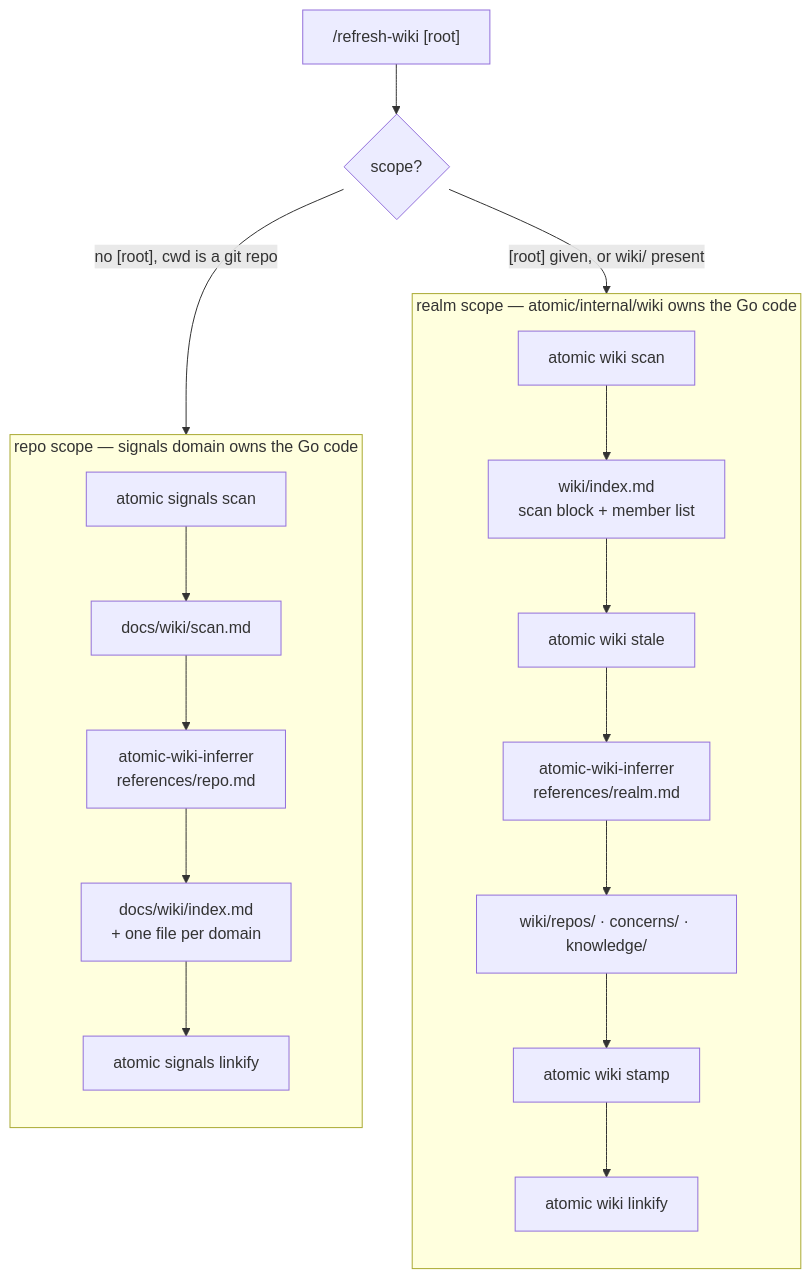
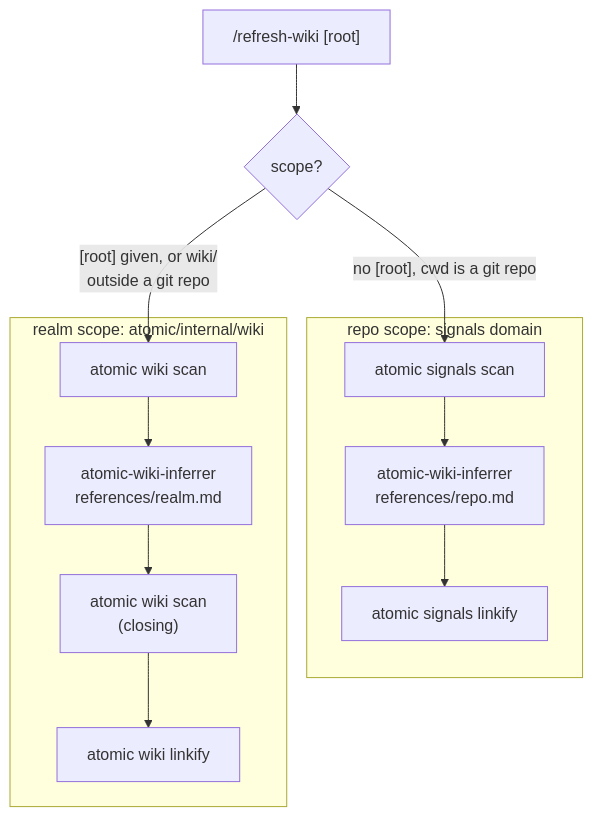
One commit to damusix/atomic-claude changed the first of 5 diagrams in docs/wiki/wiki.md. Above: the diagram before and after it, drawn with Mermaid. The commit also changed other lines of this file and 112 other files, not shown here.

First line of the commit message:
fix(wiki)!: drop the realm wiki refresh requirement

````diff
--- a/docs/wiki/wiki.md
+++ b/docs/wiki/wiki.md
@@ -25,23 +25,18 @@
 ```mermaid
-flowchart TB
+flowchart TD
+    %% source: context/commands/refresh-wiki.md, context/skills/atomic-wiki/references/repo.md, context/skills/atomic-wiki/references/realm.md
     RW["/refresh-wiki [root]"] --> D{"scope?"}
-    D -->|"no [root], cwd is a git repo"| P1
-    D -->|"[root] given, or wiki/ present"| P2
+    D -->|"no [root], cwd is a git repo"| A1
+    D -->|"[root] given, or wiki/<br/>outside a git repo"| B1
 
-    subgraph P1["repo scope — signals domain owns the Go code"]
-        direction TB
-        A1["atomic signals scan"] --> A2["docs/wiki/scan.md"]
-        A2 --> A3["atomic-wiki-inferrer<br/>references/repo.md"]
-        A3 --> A4["docs/wiki/index.md<br/>+ one file per domain"]
-        A4 --> A5["atomic signals linkify"]
+    subgraph P1["repo scope: signals domain"]
+        A1["atomic signals scan"] --> A3["atomic-wiki-inferrer<br/>references/repo.md"]
+        A3 --> A5["atomic signals linkify"]
     end
 
-    subgraph P2["realm scope — atomic/internal/wiki owns the Go code"]
-        direction TB
-        B1["atomic wiki scan"] --> B2["wiki/index.md<br/>scan block + member list"]
-        B2 --> B3["atomic wiki stale"]
-        B3 --> B4["atomic-wiki-inferrer<br/>references/realm.md"]
-        B4 --> B5["wiki/repos/ · concerns/ · knowledge/"]
-        B5 --> B6["atomic wiki stamp"] --> B7["atomic wiki linkify"]
+    subgraph P2["realm scope: atomic/internal/wiki"]
+        B1["atomic wiki scan"] --> B2["atomic-wiki-inferrer<br/>references/realm.md"]
+        B2 --> B3["atomic wiki scan<br/>(closing)"]
+        B3 --> B4["atomic wiki linkify"]
     end
 ```
````
